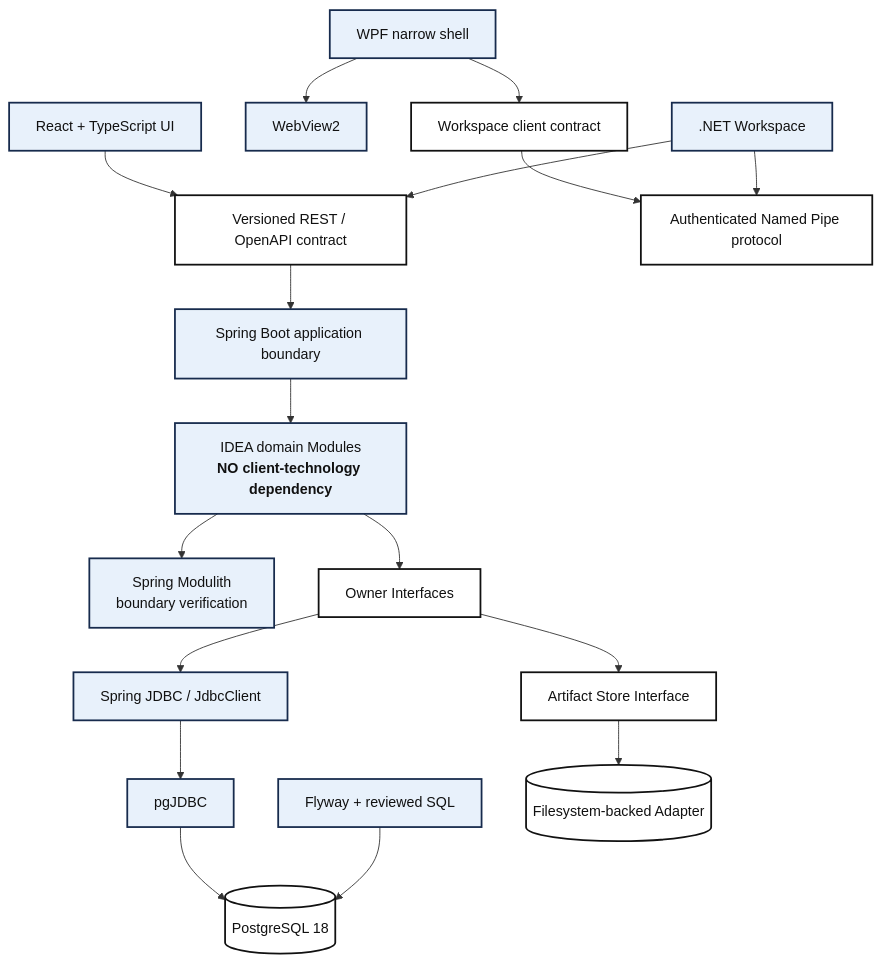
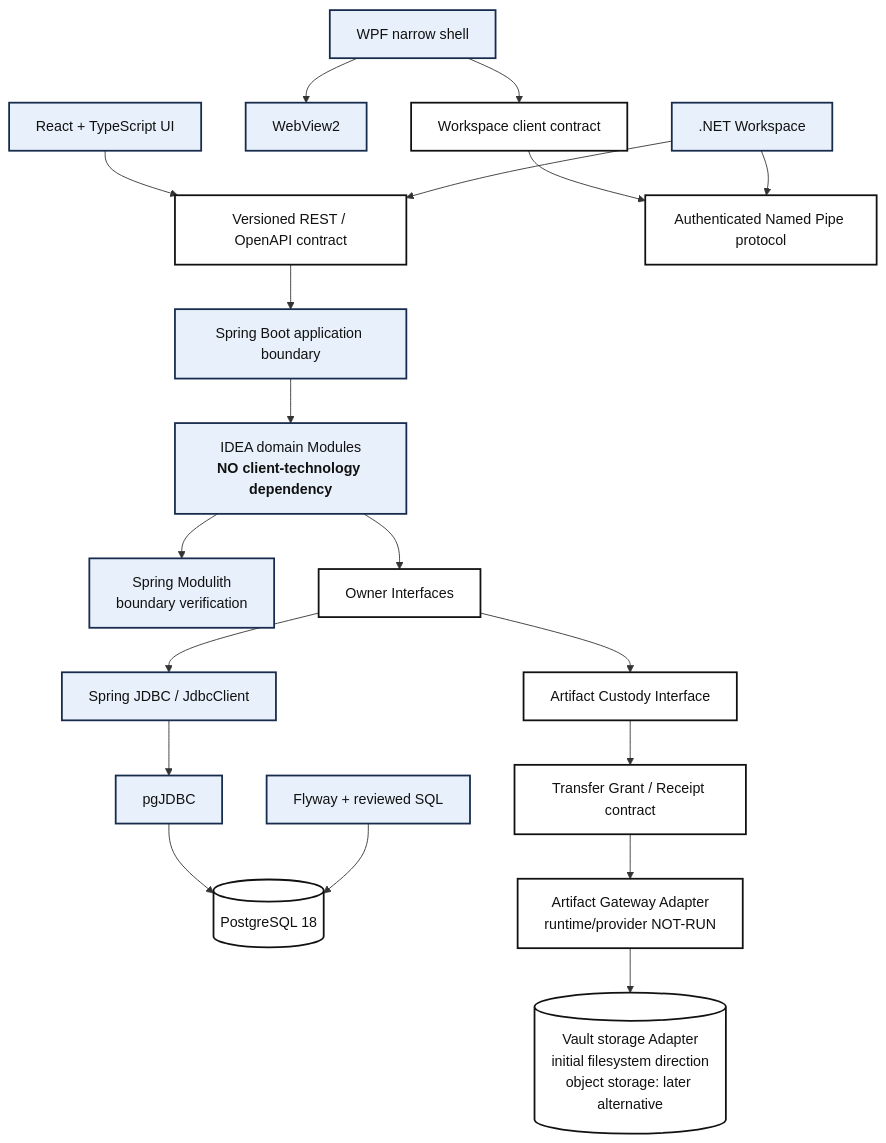
One commit to devphuclam/IDEAEngineering changed the sixth of 8 diagrams in docs/product/instances/idea-engineering/technology/IDEA-core-v0-technology-architecture-views.md. Above: the diagram before and after it, drawn with Mermaid. The commit also changed other lines of this file and 496 other files, not shown here.

Commit message:
docs: update vault architecture and clean repository evidence

````diff
--- a/docs/product/instances/idea-engineering/technology/IDEA-core-v0-technology-architecture-views.md
+++ b/docs/product/instances/idea-engineering/technology/IDEA-core-v0-technology-architecture-views.md
@@ -340,28 +403,30 @@
 ```mermaid
 flowchart TB
     accTitle: Selected direct technology dependency directions
     accDescr: React and TypeScript depend on the versioned REST contract rather than domain modules. The WPF shell depends on WebView2 and a Workspace client contract. Workspace depends on the named-pipe protocol and the Server API contract. The Spring application hosts IDEA domain modules, which use Spring Modulith boundary checks and owner interfaces. Persistence uses Spring JDBC JdbcClient then pgJDBC then PostgreSQL. Flyway is the separate schema migration authority. Domain modules do not depend on React WPF WebView2 or Workspace technology.
 
     UI[React + TypeScript UI] --> REST[Versioned REST / OpenAPI contract]
     WPF[WPF narrow shell] --> WV[WebView2]
     WPF --> WSC[Workspace client contract]
     WSC --> Pipe[Authenticated Named Pipe protocol]
     WS[.NET Workspace] --> Pipe
     WS --> REST
 
     REST --> Boot[Spring Boot application boundary]
     Boot --> Domain[IDEA domain Modules<br/><b>NO client-technology dependency</b>]
     Domain --> Modulith[Spring Modulith<br/>boundary verification]
     Domain --> OwnerPorts[Owner Interfaces]
     OwnerPorts --> JDBC[Spring JDBC / JdbcClient]
     JDBC --> Driver[pgJDBC]
     Driver --> PG[(PostgreSQL 18)]
     Flyway[Flyway + reviewed SQL] --> PG
-    OwnerPorts --> Artifact[Artifact Store Interface]
-    Artifact --> FS[(Filesystem-backed Adapter)]
+    OwnerPorts --> Custody[Artifact Custody Interface]
+    Custody --> Grant[Transfer Grant / Receipt contract]
+    Grant --> Gateway[Artifact Gateway Adapter<br/>runtime/provider NOT-RUN]
+    Gateway --> Vault[(Vault storage Adapter<br/>initial filesystem direction<br/>object storage: later alternative)]
 
     classDef selected fill:#e8f1fb,stroke:#172b4d,stroke-width:2px,color:#111;
     classDef contract fill:#fff,stroke:#111,stroke-width:2px,color:#111;
     class UI,WPF,WV,WS,Boot,Domain,Modulith,JDBC,Driver,Flyway selected;
-    class REST,WSC,Pipe,OwnerPorts,Artifact,PG,FS contract;
+    class REST,WSC,Pipe,OwnerPorts,Custody,Grant,Gateway,Vault,PG contract;
 ```
````
